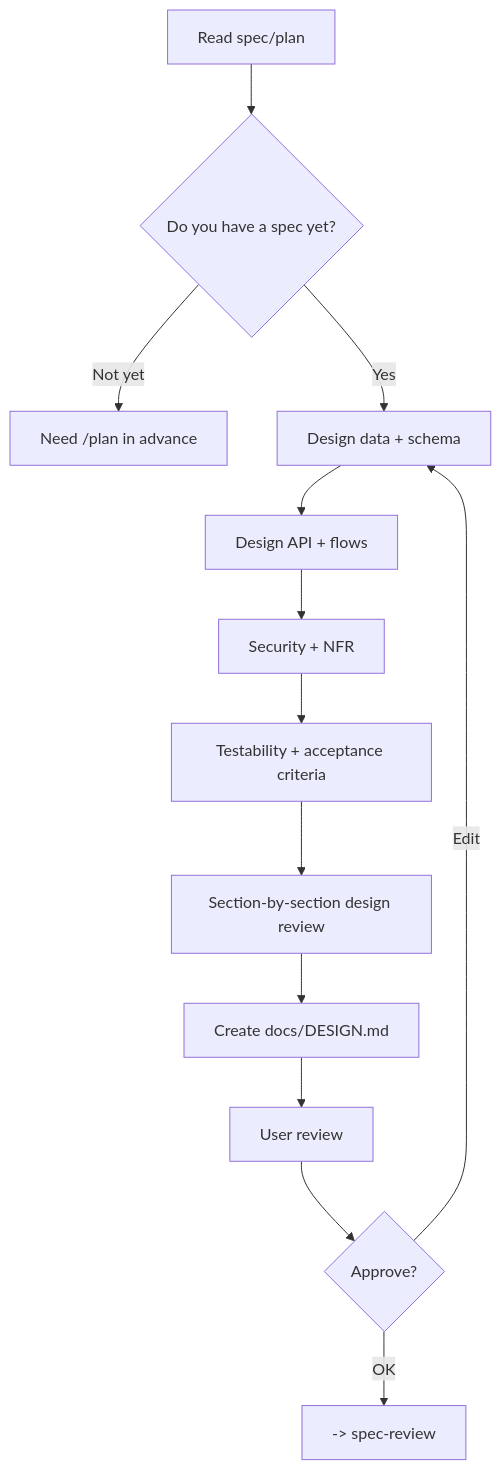
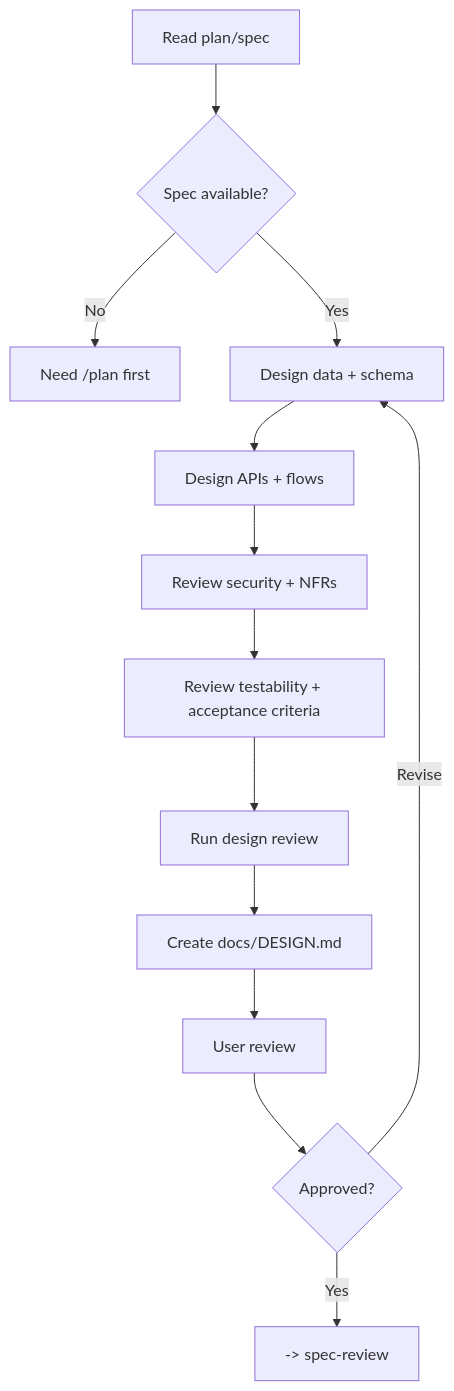
The diagram in packages/forge-core/workflows/design/architect.md (nguyenphat57/forge), drawn with Mermaid before and after one commit. The commit also changed other lines of this file and 59 other files, not shown here.

````diff
--- a/packages/forge-core/workflows/design/architect.md
+++ b/packages/forge-core/workflows/design/architect.md
@@ -33,15 +36,15 @@
 ```mermaid
 flowchart TD
-    A[Read spec/plan] --> B{Do you have a spec yet?}
-    B -->|Not yet| C[Need /plan in advance]
+    A[Read plan/spec] --> B{Spec available?}
+    B -->|No| C[Need /plan first]
     B -->|Yes| D[Design data + schema]
-    D --> E[Design API + flows]
-    E --> F[Security + NFR]
-    F --> G[Testability + acceptance criteria]
-    G --> H[Section-by-section design review]
+    D --> E[Design APIs + flows]
+    E --> F[Review security + NFRs]
+    F --> G[Review testability + acceptance criteria]
+    G --> H[Run design review]
     H --> I[Create docs/DESIGN.md]
     I --> J[User review]
-    J --> K{Approve?}
-    K -->|Edit| D
-    K -->|OK| L[-> spec-review]
+    J --> K{Approved?}
+    K -->|Revise| D
+    K -->|Yes| L[-> spec-review]
 ```
````
